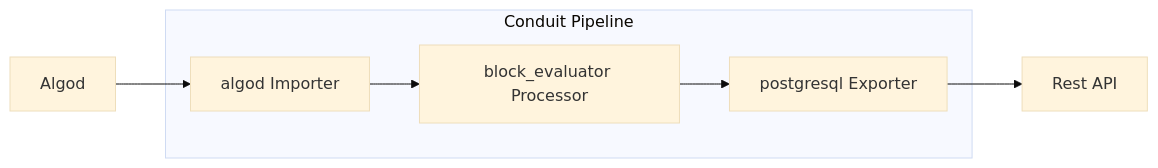
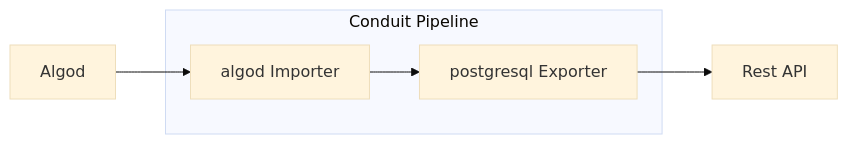
The second of 4 diagrams in docs/tutorials/IndexerMigration.md (algorand/conduit), drawn with Mermaid (base theme) before and after one commit. The commit also changed other lines of this file and 4 other files, not shown here.

Commit message:
Remove block evaluator references.

````diff
--- a/docs/tutorials/IndexerMigration.md
+++ b/docs/tutorials/IndexerMigration.md
@@ -39,15 +39,13 @@
 ```mermaid
 graph LR;
     algod["Algod"]
-    be["block_evaluator Processor"]
     pe["postgresql Exporter"]
     algodimp["algod Importer"]
     restapi["Rest API"]
 
     algod-->algodimp
     subgraph "Conduit Pipeline"
-        algodimp-->be;
-        be-->pe
+        algodimp-->pe;
     end
     pe-->restapi;
 ```
````
